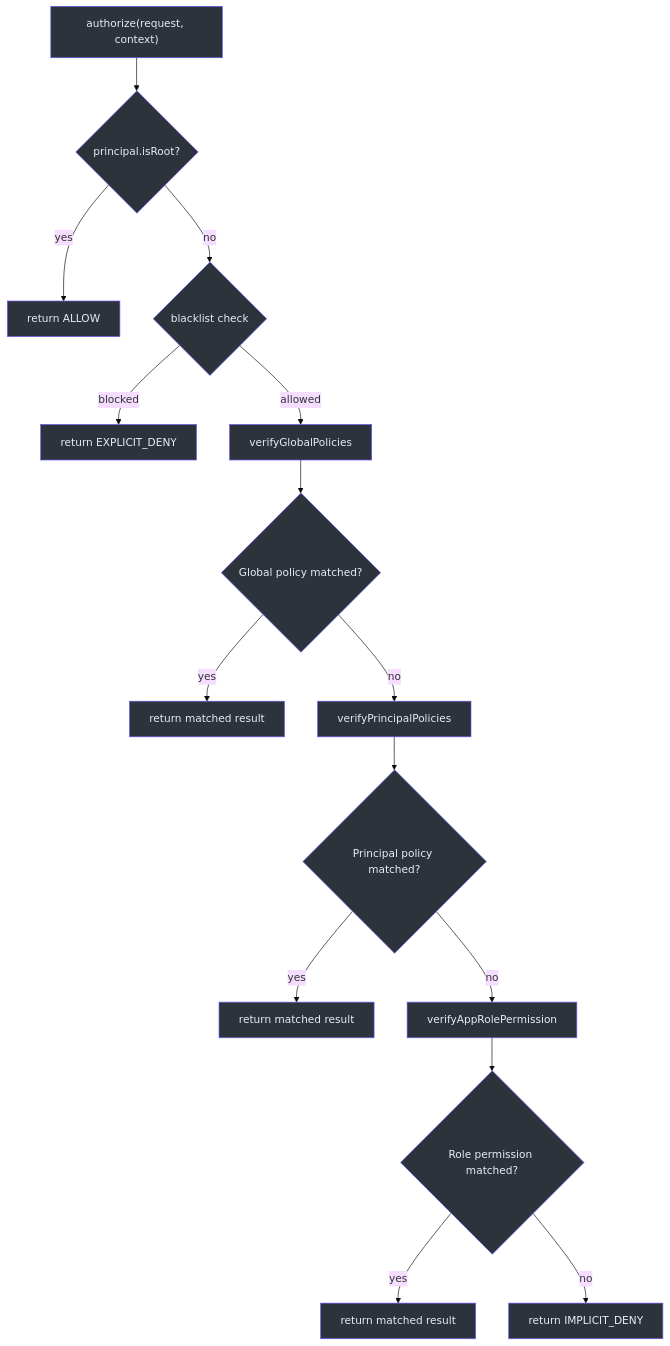
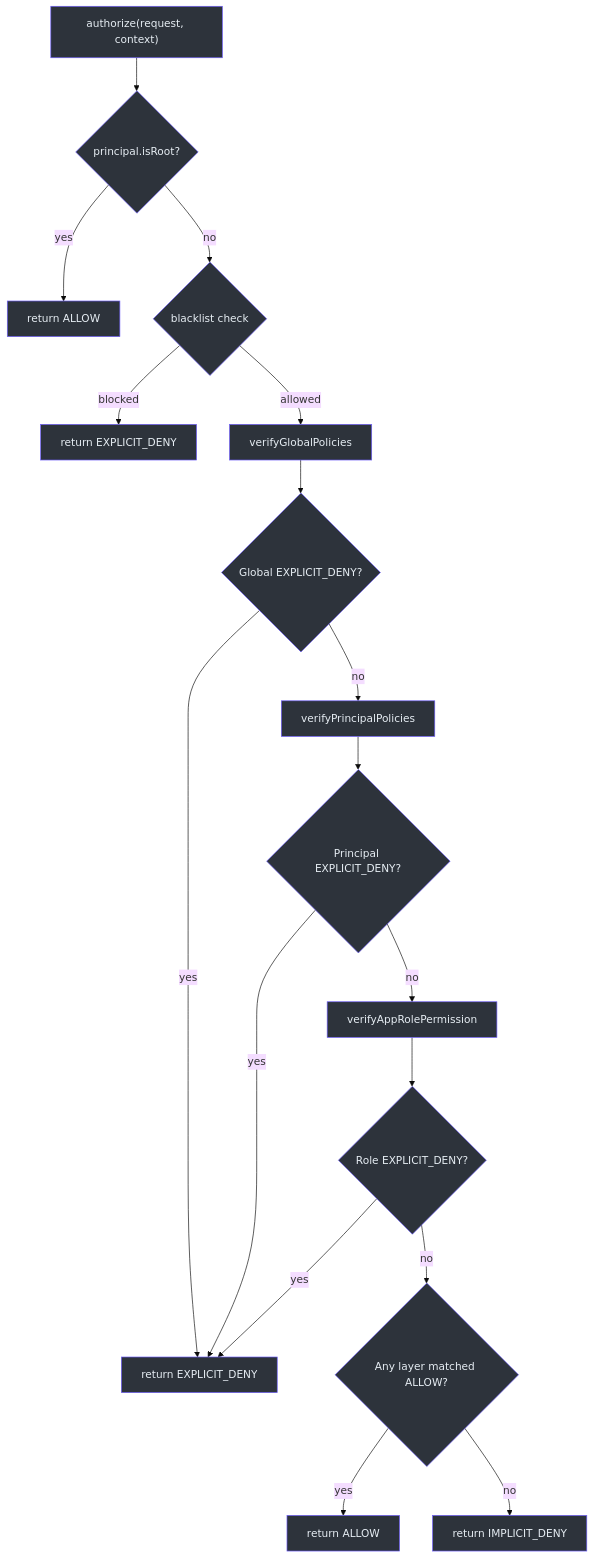
Before and after one commit to Ahoo-Wang/CoSec: the first of 3 diagrams in wiki/deep-dive/authorization/authorization-flow.md, drawn with Mermaid (base theme). The commit also changed other lines of this file and 6 other files, not shown here.

First line of the commit message:
fix(authorization): let an explicit deny in any layer override allows from other layers

````diff
--- a/wiki/deep-dive/authorization/authorization-flow.md
+++ b/wiki/deep-dive/authorization/authorization-flow.md
@@ -91,34 +95,36 @@
 ```mermaid
 flowchart TD
     A["authorize(request, context)"] --> B{"principal.isRoot?"}
     B -->|"yes"| C["return ALLOW"]
     B -->|"no"| D{"blacklist check"}
     D -->|"blocked"| E["return EXPLICIT_DENY"]
     D -->|"allowed"| F["verifyGlobalPolicies"]
-    F --> G{"Global policy matched?"}
-    G -->|"yes"| H["return matched result"]
+    F --> G{"Global EXPLICIT_DENY?"}
+    G -->|"yes"| H["return EXPLICIT_DENY"]
     G -->|"no"| I["verifyPrincipalPolicies"]
-    I --> J{"Principal policy matched?"}
-    J -->|"yes"| K["return matched result"]
+    I --> J{"Principal EXPLICIT_DENY?"}
+    J -->|"yes"| H
     J -->|"no"| L["verifyAppRolePermission"]
-    L --> M{"Role permission matched?"}
-    M -->|"yes"| N["return matched result"]
-    M -->|"no"| O["return IMPLICIT_DENY"]
+    L --> M{"Role EXPLICIT_DENY?"}
+    M -->|"yes"| H
+    M -->|"no"| N{"Any layer matched ALLOW?"}
+    N -->|"yes"| K["return ALLOW"]
+    N -->|"no"| O["return IMPLICIT_DENY"]
 
     style A fill:#2d333b,stroke:#6d5dfc,color:#e6edf3
     style B fill:#2d333b,stroke:#6d5dfc,color:#e6edf3
     style C fill:#2d333b,stroke:#6d5dfc,color:#e6edf3
     style D fill:#2d333b,stroke:#6d5dfc,color:#e6edf3
     style E fill:#2d333b,stroke:#6d5dfc,color:#e6edf3
     style F fill:#2d333b,stroke:#6d5dfc,color:#e6edf3
     style G fill:#2d333b,stroke:#6d5dfc,color:#e6edf3
     style H fill:#2d333b,stroke:#6d5dfc,color:#e6edf3
     style I fill:#2d333b,stroke:#6d5dfc,color:#e6edf3
     style J fill:#2d333b,stroke:#6d5dfc,color:#e6edf3
     style K fill:#2d333b,stroke:#6d5dfc,color:#e6edf3
     style L fill:#2d333b,stroke:#6d5dfc,color:#e6edf3
     style M fill:#2d333b,stroke:#6d5dfc,color:#e6edf3
     style N fill:#2d333b,stroke:#6d5dfc,color:#e6edf3
     style O fill:#2d333b,stroke:#6d5dfc,color:#e6edf3
 
 ```
````
